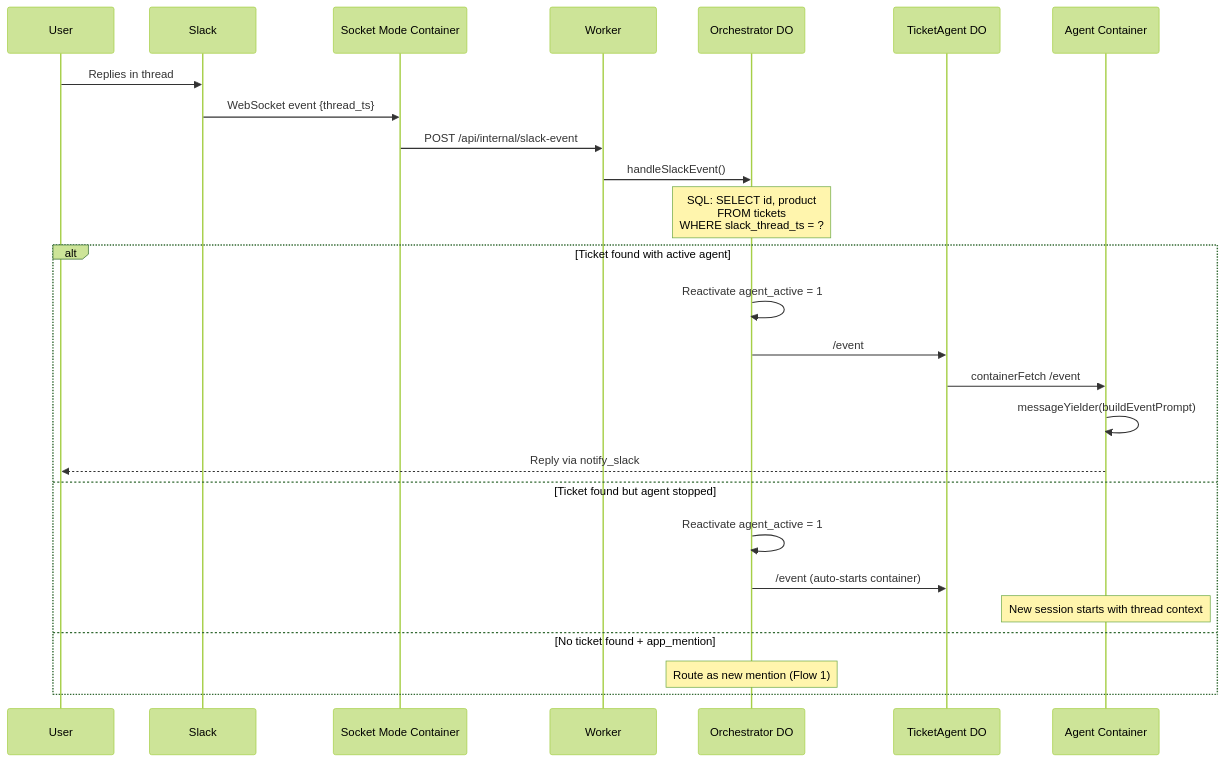
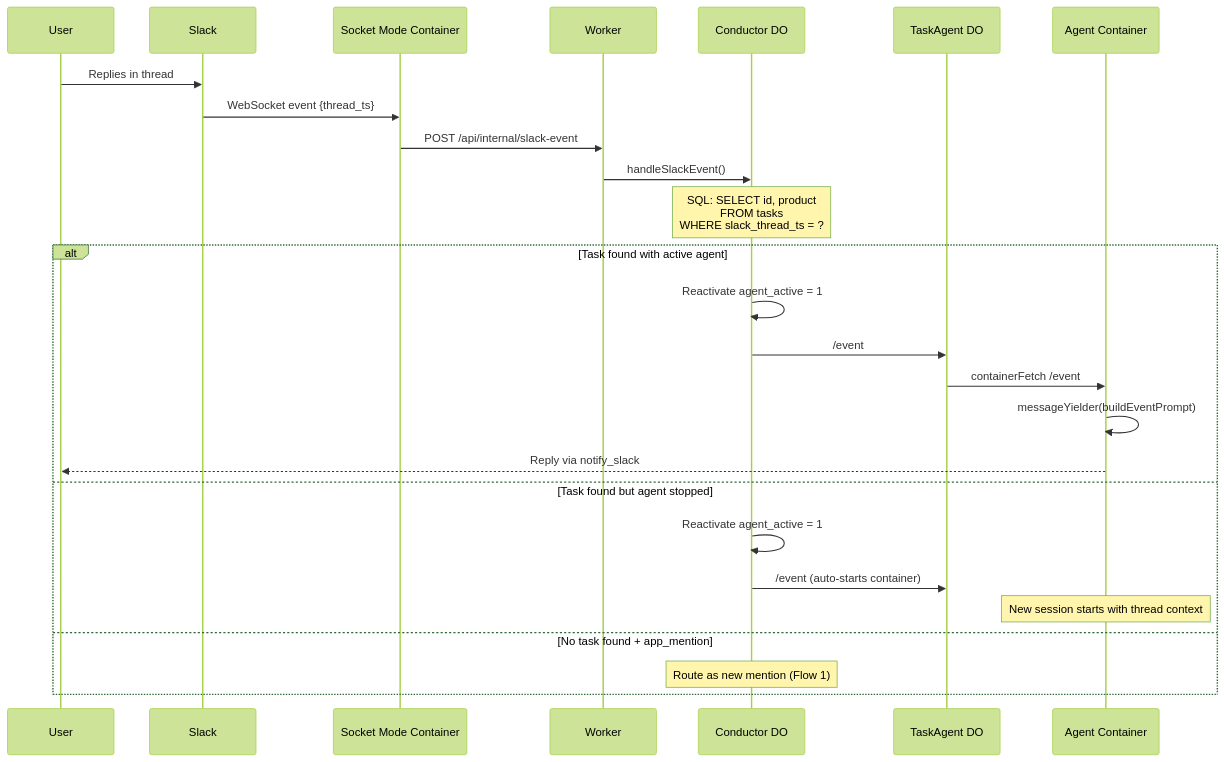
Before and after one commit to fryanpan/product-engineer: the sixth of 8 diagrams in docs/architecture/architecture.md, drawn with Mermaid (forest theme). The commit also changed other lines of this file and 34 other files, not shown here.

First line of the commit message:
docs: update all documentation for task/conductor terminology

````diff
--- a/docs/architecture/architecture.md
+++ b/docs/architecture/architecture.md
@@ -377,32 +377,32 @@
 ```mermaid
 sequenceDiagram
     participant User
     participant Slack
     participant SM as Socket Mode Container
     participant W as Worker
-    participant O as Orchestrator DO
-    participant TA as TicketAgent DO
+    participant O as Conductor DO
+    participant TA as TaskAgent DO
     participant AC as Agent Container
 
     User->>Slack: Replies in thread
     Slack->>SM: WebSocket event {thread_ts}
 
     SM->>W: POST /api/internal/slack-event
     W->>O: handleSlackEvent()
 
-    Note over O: SQL: SELECT id, product<br/>FROM tickets<br/>WHERE slack_thread_ts = ?
+    Note over O: SQL: SELECT id, product<br/>FROM tasks<br/>WHERE slack_thread_ts = ?
 
-    alt Ticket found with active agent
+    alt Task found with active agent
         O->>O: Reactivate agent_active = 1
         O->>TA: /event
         TA->>AC: containerFetch /event
         AC->>AC: messageYielder(buildEventPrompt)
         AC-->>User: Reply via notify_slack
-    else Ticket found but agent stopped
+    else Task found but agent stopped
         O->>O: Reactivate agent_active = 1
         O->>TA: /event (auto-starts container)
         Note over AC: New session starts with thread context
-    else No ticket found + app_mention
+    else No task found + app_mention
         Note over O: Route as new mention (Flow 1)
     end
 ```
````
